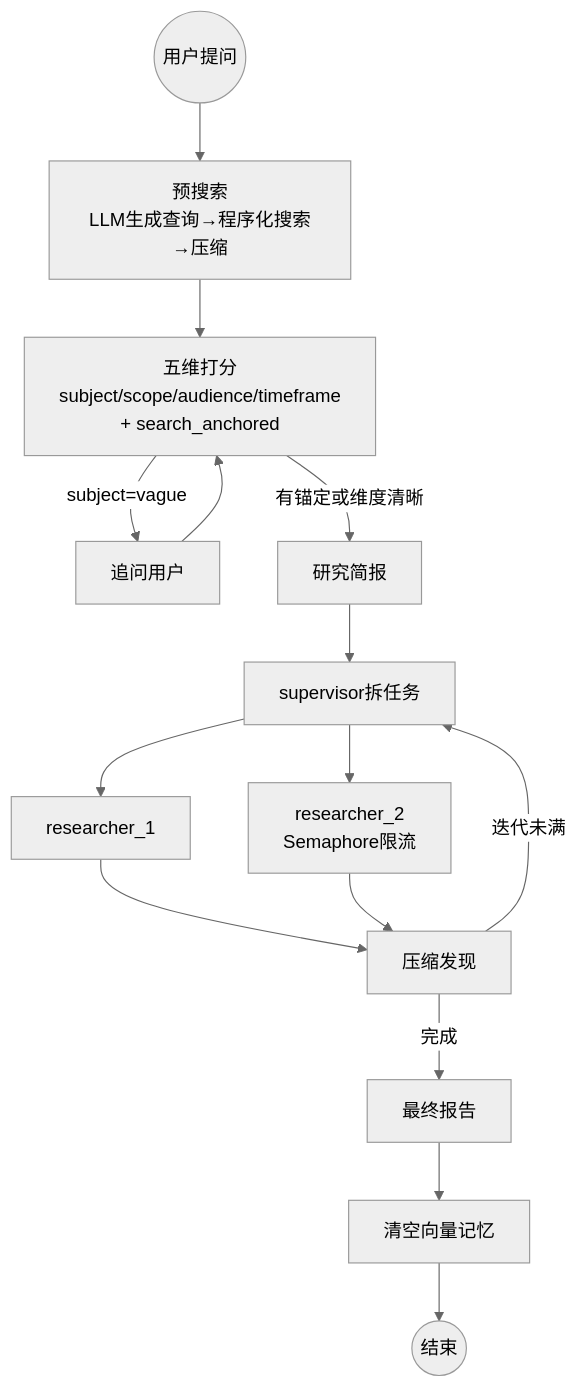
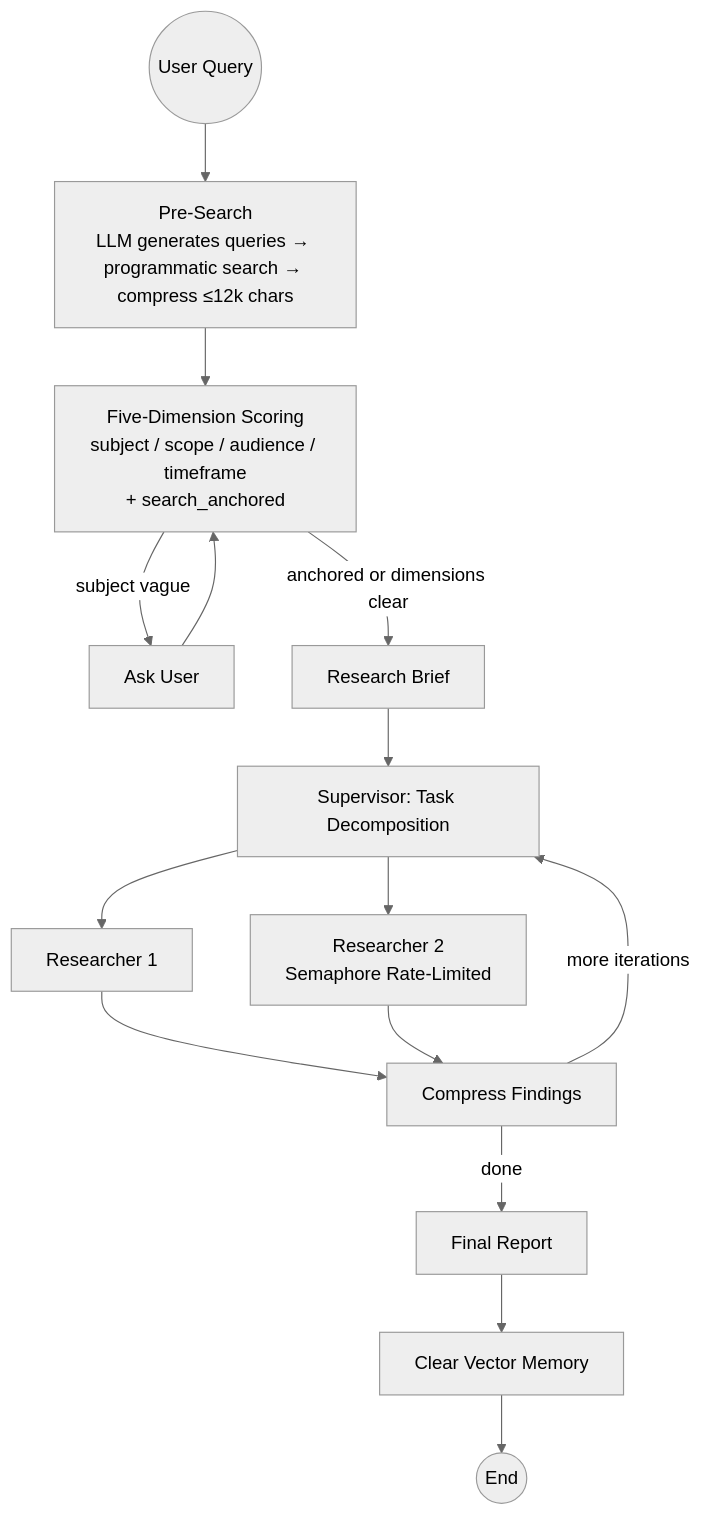
One commit to gj6khqpm6d-source/DeepClarity changed the diagram in README.md. Above: the diagram before and after it, drawn with Mermaid (neutral theme). The commit also changed other lines of this file, not shown here.

````diff
--- a/README.md
+++ b/README.md
@@ -11,14 +11,14 @@
 ```mermaid
 flowchart TD
-    START((用户提问)) --> PRE[预搜索<br/>LLM生成查询→程序化搜索→压缩]
-    PRE --> SCORE[五维打分<br/>subject/scope/audience/timeframe<br/>+ search_anchored]
-    SCORE -->|subject=vague| ASK[追问用户]
+    START((User Query)) --> PRE[Pre-Search<br/>LLM generates queries → programmatic search → compress ≤12k chars]
+    PRE --> SCORE[Five-Dimension Scoring<br/>subject / scope / audience / timeframe<br/>+ search_anchored]
+    SCORE -->|subject vague| ASK[Ask User]
     ASK --> SCORE
-    SCORE -->|有锚定或维度清晰| BRIEF[研究简报]
-    BRIEF --> SUPER[supervisor拆任务]
-    SUPER --> R1[researcher_1] & R2[researcher_2<br/>Semaphore限流]
-    R1 & R2 --> COMP[压缩发现]
-    COMP -->|迭代未满| SUPER
-    COMP -->|完成| REPORT[最终报告]
-    REPORT --> MEM[清空向量记忆] --> END((结束))
+    SCORE -->|anchored or dimensions clear| BRIEF[Research Brief]
+    BRIEF --> SUPER[Supervisor: Task Decomposition]
+    SUPER --> R1[Researcher 1] & R2[Researcher 2<br/>Semaphore Rate-Limited]
+    R1 & R2 --> COMP[Compress Findings]
+    COMP -->|more iterations| SUPER
+    COMP -->|done| REPORT[Final Report]
+    REPORT --> MEM[Clear Vector Memory] --> END((End))
 ```
````
